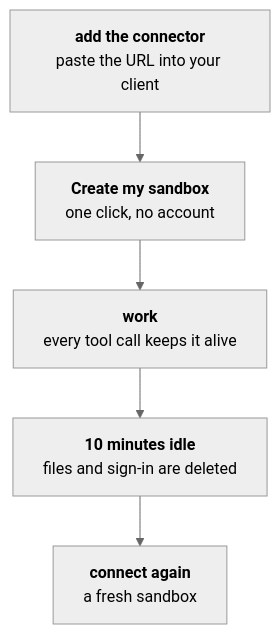
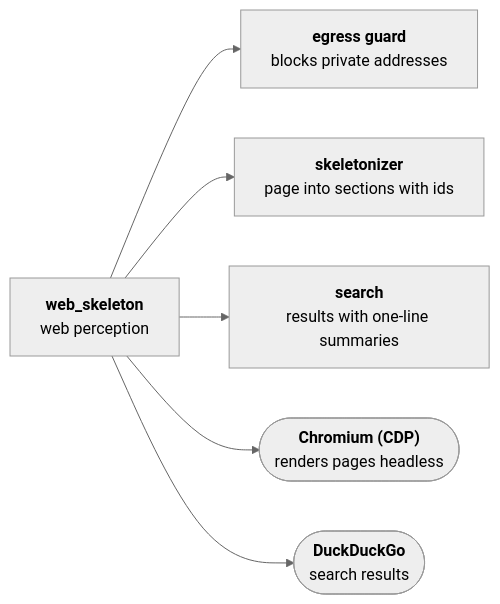
One commit to itamos-technologia/itamos-mcp-tools changed diagram 16 of 16 in docs/PAPER.md. Above: the diagram before and after it, drawn with Mermaid (neutral theme). The commit also changed other lines of this file and 2 other files, not shown here.

First line of the commit message:
Docs: one page per part of the system, with component diagrams

````diff
--- a/docs/PAPER.md
+++ b/docs/PAPER.md
@@ -200,12 +517,14 @@
 ```mermaid
-flowchart TD
-  n0["<b>add the connector</b><br/>paste the URL into your client"]
-  n1["<b>Create my sandbox</b><br/>one click, no account"]
-  n2["<b>work</b><br/>every tool call keeps it alive"]
-  n3["<b>10 minutes idle</b><br/>files and sign-in are deleted"]
-  n4["<b>connect again</b><br/>a fresh sandbox"]
-  n0 --> n1
-  n1 --> n2
-  n2 --> n3
-  n3 --> n4
+flowchart LR
+  r["<b>web_skeleton</b><br/>web perception"]
+  d0["<b>egress guard</b><br/>blocks private addresses"]
+  r --> d0
+  d1["<b>skeletonizer</b><br/>page into sections with ids"]
+  r --> d1
+  d2["<b>search</b><br/>results with one-line summaries"]
+  r --> d2
+  d3(["<b>Chromium (CDP)</b><br/>renders pages headless"])
+  r --> d3
+  d4(["<b>DuckDuckGo</b><br/>search results"])
+  r --> d4
 ```
````
